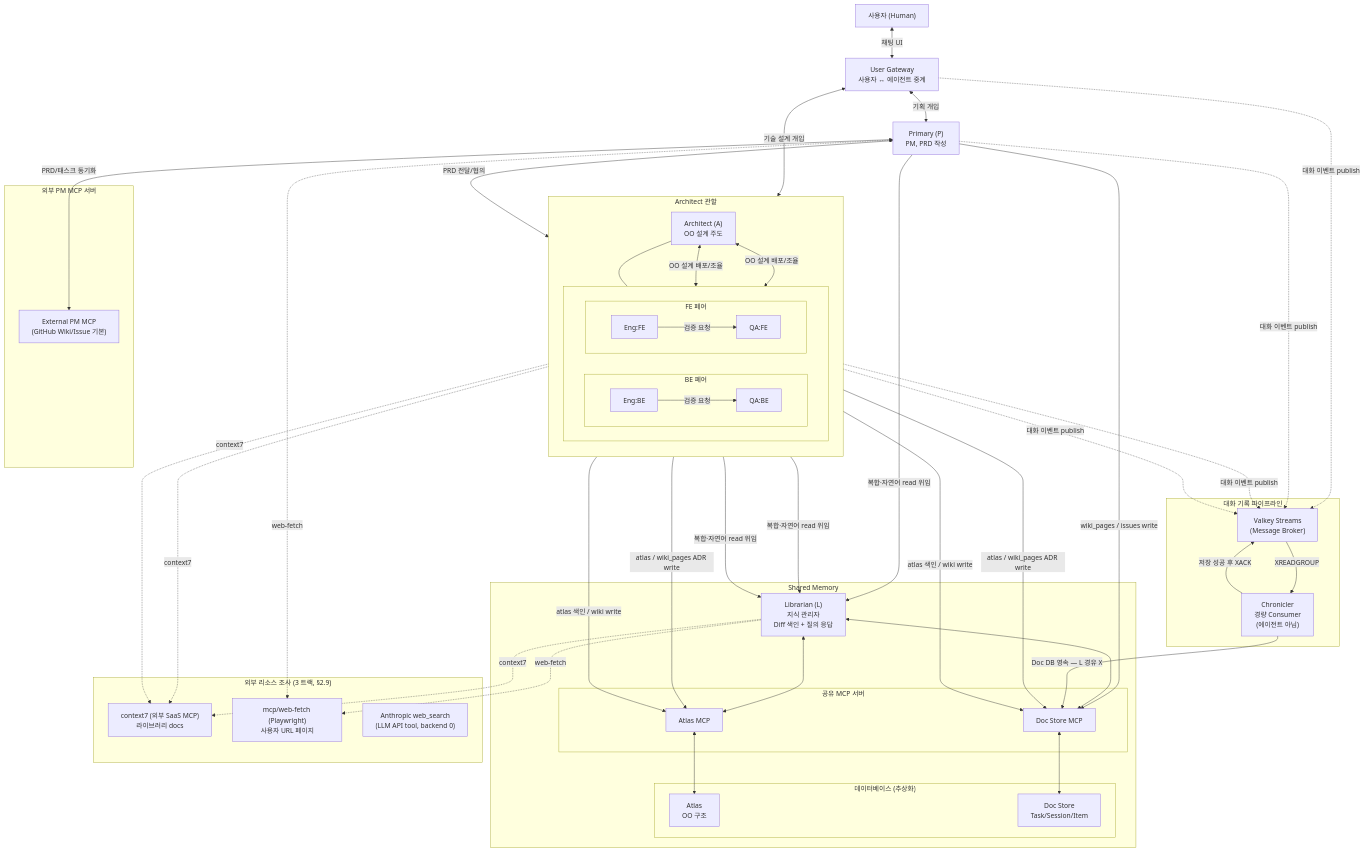
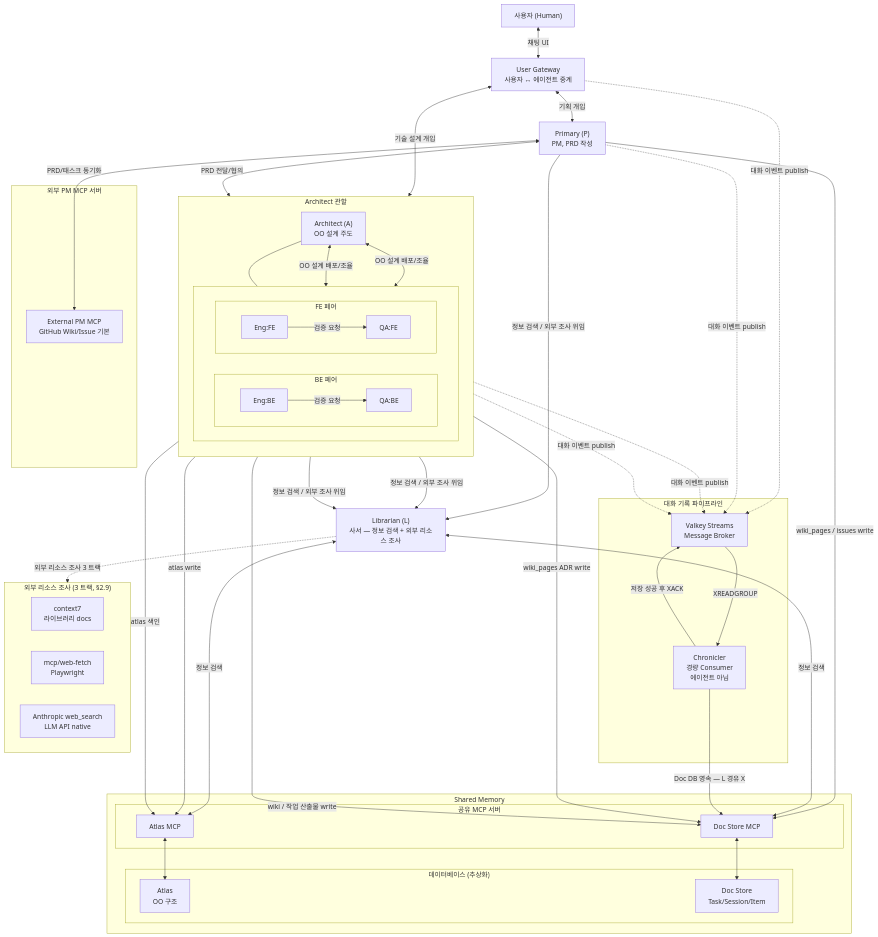
The first of 13 diagrams in docs/proposal.md (vonkernel/dev-team), drawn with Mermaid before and after one commit. The commit also changed other lines of this file and 3 other files, not shown here.

```diff
--- a/docs/proposal.md
+++ b/docs/proposal.md
@@ -64,8 +64,9 @@
         A --- Pairs
     end
 
+    L["Librarian (L)<br/>사서 — 정보 검색 + 외부 리소스 조사"]
+
     subgraph MemoryZone["Shared Memory"]
-        L["Librarian (L)<br/>지식 관리자<br/>Diff 색인 + 질의 응답"]
         subgraph DB["데이터베이스 (추상화)"]
             GraphDB["Atlas<br/>OO 구조"]
             DocDB["Doc Store<br/>Task/Session/Item"]
@@ -77,21 +78,21 @@
     end
 
     subgraph EventPipe["대화 기록 파이프라인"]
-        Broker["Valkey Streams<br/>(Message Broker)"]
-        Chronicler["Chronicler<br/>경량 Consumer<br/>(에이전트 아님)"]
+        Broker["Valkey Streams<br/>Message Broker"]
+        Chronicler["Chronicler<br/>경량 Consumer<br/>에이전트 아님"]
     end
 
     subgraph ExtMCP["외부 PM MCP 서버"]
-        ExtPmMCP["External PM MCP<br/>(GitHub Wiki/Issue 기본)"]
+        ExtPmMCP["External PM MCP<br/>GitHub Wiki/Issue 기본"]
     end
 
     subgraph ResearchTracks["외부 리소스 조사 (3 트랙, §2.9)"]
-        Ctx7["context7 (외부 SaaS MCP)<br/>라이브러리 docs"]
-        WebFetch["mcp/web-fetch (Playwright)<br/>사용자 URL 페이지"]
-        WebSearch["Anthropic web_search<br/>(LLM API tool, backend 0)"]
+        Ctx7["context7<br/>라이브러리 docs"]
+        WebFetch["mcp/web-fetch<br/>Playwright"]
+        WebSearch["Anthropic web_search<br/>LLM API native"]
     end
 
-    %% 사용자 접점: User Gateway를 통해 P와 A에 개입
+    %% 사용자 접점
     User <-->|채팅 UI| UG
     UG <-->|기획 개입| P
     UG <-->|기술 설계 개입| A
@@ -99,24 +100,14 @@
     %% P ↔ A
     P <-->|PRD 전달/협의| A
 
-    %% 외부 PM MCP는 P 단독 창구 (프로젝트 관리 책임의 일관성)
+    %% 외부 PM MCP는 P 단독 창구
     P <-->|PRD/태스크 동기화| ExtPmMCP
 
-    %% 외부 리소스 조사 — 트랙별 호출 주체 (§2.9)
-    %%   context7: 코드 작업 에이전트 (A / Pairs) + L (라이브러리 메타 read)
-    %%   web-fetch: P / L (사용자 URL 받았을 때)
-    %%   web_search: 모든 에이전트의 LLM (자동 활성, 별 화살표 생략)
-    A -.->|context7| Ctx7
-    Pairs -.->|context7| Ctx7
-    L -.->|context7| Ctx7
-    P -.->|web-fetch| WebFetch
-    L -.->|web-fetch| WebFetch
-
-    %% A ↔ 각 페어 (OO 설계 배포, Eng/QA 동시에 수신)
+    %% A ↔ 각 페어
     A <-->|OO 설계 배포/조율| PairBE
     A <-->|OO 설계 배포/조율| PairFE
 
-    %% Eng → QA 단방향 A2A (Eng이 대화 열고, QA는 응답으로 검증 결과 반환)
+    %% Eng → QA
     Eng_BE -->|검증 요청| QA_BE
     Eng_FE -->|검증 요청| QA_FE
 
@@ -124,27 +115,30 @@
     GraphMCP <--> GraphDB
     DocMCP <--> DocDB
 
-    %% write = 각 에이전트 직접 (자기 도메인 데이터, §2.5 정정 — 2026-05)
+    %% write 직접 — 각 에이전트가 자기 도메인 데이터를 적절한 MCP 에 직접 write
     P -->|wiki_pages / issues write| DocMCP
-    A -->|atlas / wiki_pages ADR write| GraphMCP
-    A -->|atlas / wiki_pages ADR write| DocMCP
-    Pairs -->|atlas 색인 / wiki write| GraphMCP
-    Pairs -->|atlas 색인 / wiki write| DocMCP
+    A -->|atlas write| GraphMCP
+    A -->|wiki_pages ADR write| DocMCP
+    Pairs -->|atlas 색인| GraphMCP
+    Pairs -->|wiki / 작업 산출물 write| DocMCP
 
-    %% Librarian = read 사이드 사서 (자연어 / 복합 / 교차 쿼리)
-    L <--> GraphMCP
-    L <--> DocMCP
-    P -->|복합·자연어 read 위임| L
-    A -->|복합·자연어 read 위임| L
-    Pairs -->|복합·자연어 read 위임| L
+    %% L 에게 위임 — 정보 검색 + 외부 리소스 조사
+    P -->|정보 검색 / 외부 조사 위임| L
+    A -->|정보 검색 / 외부 조사 위임| L
+    Pairs -->|정보 검색 / 외부 조사 위임| L
 
-    %% A2A 대화 이벤트는 Broker로 publish (fire-and-forget)
+    %% L 이 backend 호출 — DB 정보 검색 + 외부 리소스 조사 단독 수행
+    L <-->|정보 검색| GraphMCP
+    L <-->|정보 검색| DocMCP
+    L -.->|외부 리소스 조사 3 트랙| ResearchTracks
+
+    %% A2A 대화 이벤트는 Broker로 publish
     UG -.->|대화 이벤트 publish| Broker
     P -.->|대화 이벤트 publish| Broker
     A -.->|대화 이벤트 publish| Broker
     Pairs -.->|대화 이벤트 publish| Broker
 
-    %% Chronicler가 Broker를 구독하여 Doc DB에 영속화 (직접 — L 경유 X)
+    %% Chronicler — Broker 구독 후 Doc DB 직접 영속
     Broker -->|XREADGROUP| Chronicler
     Chronicler -->|저장 성공 후 XACK| Broker
     Chronicler -->|Doc DB 영속 — L 경유 X| DocMCP
```
